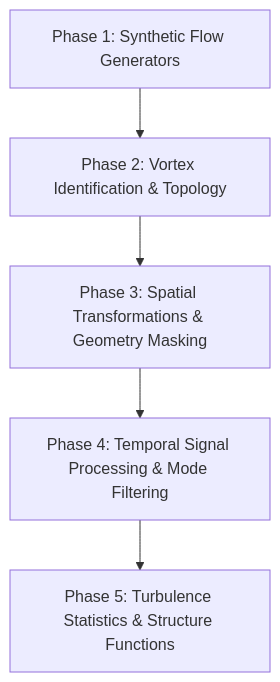
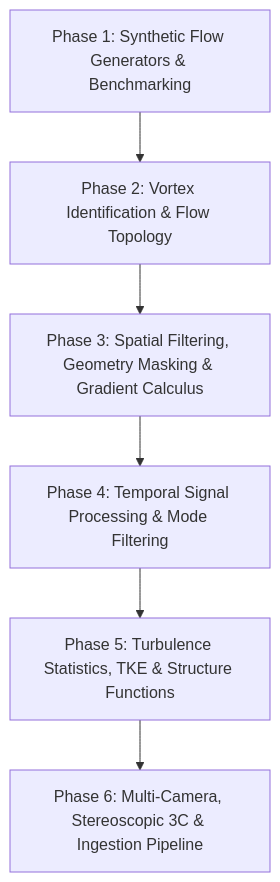
The diagram in docs/architecture/pivmat-parity-roadmap.md (alexlib/pivpy), drawn with Mermaid before and after one commit. The commit also changed other lines of this file and 1 other file, not shown here.

Commit message:
docs: expand roadmap with PyPostPiv gradient schemes, TKE, and 3C pipelines

````diff
--- a/docs/architecture/pivmat-parity-roadmap.md
+++ b/docs/architecture/pivmat-parity-roadmap.md
@@ -22,7 +22,8 @@
 ```mermaid
 graph TD
-    P1[Phase 1: Synthetic Flow Generators] --> P2[Phase 2: Vortex Identification & Topology]
-    P2 --> P3[Phase 3: Spatial Transformations & Geometry Masking]
+    P1[Phase 1: Synthetic Flow Generators & Benchmarking] --> P2[Phase 2: Vortex Identification & Flow Topology]
+    P2 --> P3[Phase 3: Spatial Filtering, Geometry Masking & Gradient Calculus]
     P3 --> P4[Phase 4: Temporal Signal Processing & Mode Filtering]
-    P4 --> P5[Phase 5: Turbulence Statistics & Structure Functions]
+    P4 --> P5[Phase 5: Turbulence Statistics, TKE & Structure Functions]
+    P5 --> P6[Phase 6: Multi-Camera, Stereoscopic 3C & Ingestion Pipeline]
 ```
````
